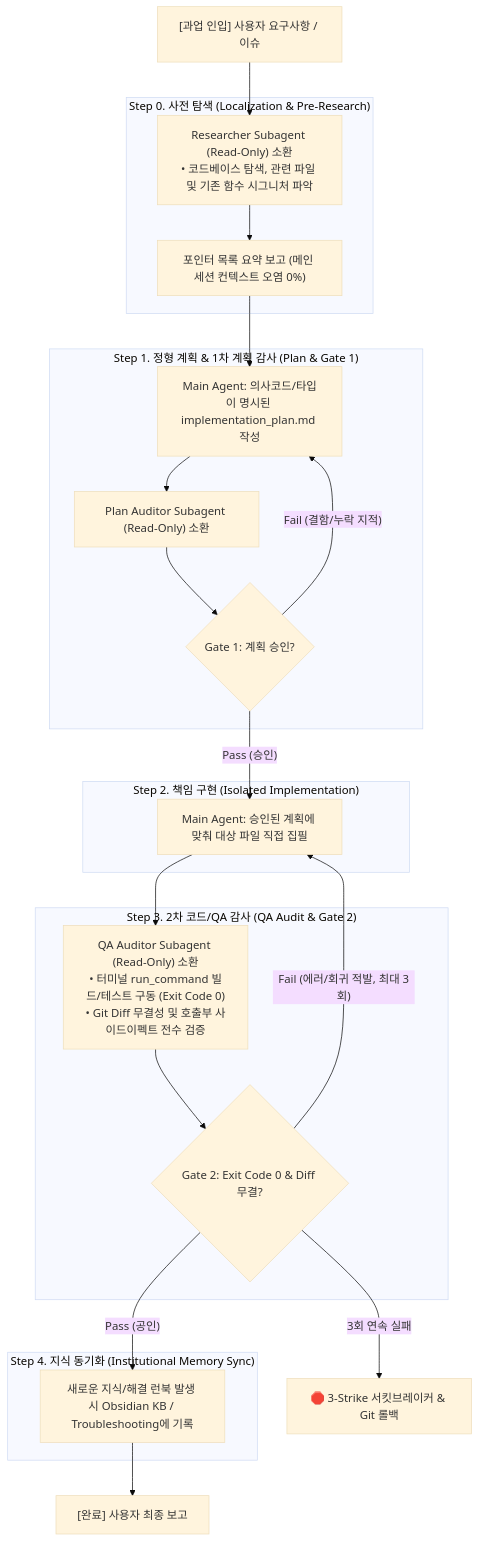
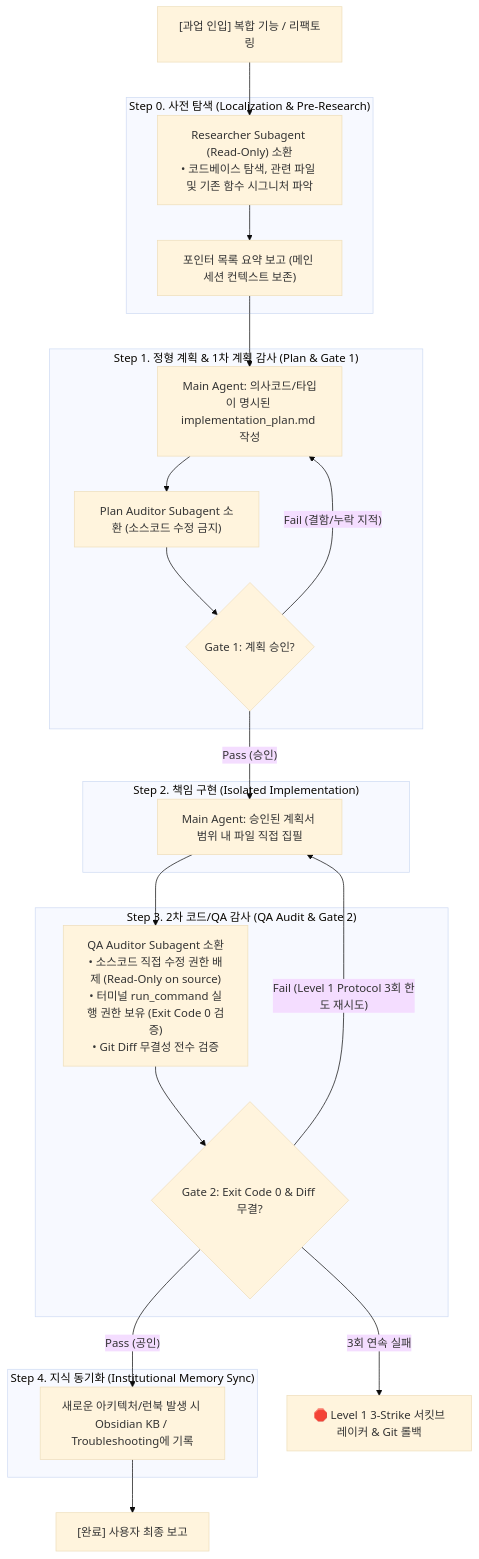
One commit to jin20203458/Obsidian.Agent changed the third of 3 diagrams in ai_agent_refs/Agent_Collaboration_Workflow_Guidelines.md. Above: the diagram before and after it, drawn with Mermaid (base theme). The commit also changed other lines of this file and 1 other file, not shown here.

````diff
--- a/ai_agent_refs/Agent_Collaboration_Workflow_Guidelines.md
+++ b/ai_agent_refs/Agent_Collaboration_Workflow_Guidelines.md
@@ -53,41 +87,41 @@
 ```mermaid
 flowchart TD
-    Task["[과업 인입] 사용자 요구사항 / 이슈"]
+    Task["[과업 인입] 복합 기능 / 리팩토링"]
 
     subgraph Step0 ["Step 0. 사전 탐색 (Localization & Pre-Research)"]
         S0_Worker["Researcher Subagent (Read-Only) 소환<br>• 코드베이스 탐색, 관련 파일 및 기존 함수 시그니처 파악"]
-        S0_Report["포인터 목록 요약 보고 (메인 세션 컨텍스트 오염 0%)"]
+        S0_Report["포인터 목록 요약 보고 (메인 세션 컨텍스트 보존)"]
         S0_Worker --> S0_Report
     end
 
     subgraph Step1 ["Step 1. 정형 계획 & 1차 계획 감사 (Plan & Gate 1)"]
         S1_Plan["Main Agent: 의사코드/타입이 명시된 implementation_plan.md 작성"]
-        S1_Audit["Plan Auditor Subagent (Read-Only) 소환"]
+        S1_Audit["Plan Auditor Subagent 소환 (소스코드 수정 금지)"]
         G1{"Gate 1: 계획 승인?"}
         S1_Plan --> S1_Audit --> G1
     end
 
     subgraph Step2 ["Step 2. 책임 구현 (Isolated Implementation)"]
-        S2_Code["Main Agent: 승인된 계획에 맞춰 대상 파일 직접 집필"]
+        S2_Code["Main Agent: 승인된 계획서 범위 내 파일 직접 집필"]
     end
 
     subgraph Step3 ["Step 3. 2차 코드/QA 감사 (QA Audit & Gate 2)"]
-        S3_QA["QA Auditor Subagent (Read-Only) 소환<br>• 터미널 run_command 빌드/테스트 구동 (Exit Code 0)<br>• Git Diff 무결성 및 호출부 사이드이펙트 전수 검증"]
+        S3_QA["QA Auditor Subagent 소환<br>• 소스코드 직접 수정 권한 배제 (Read-Only on source)<br>• 터미널 run_command 실행 권한 보유 (Exit Code 0 검증)<br>• Git Diff 무결성 전수 검증"]
         G2{"Gate 2: Exit Code 0 & Diff 무결?"}
         S3_QA --> G2
     end
 
     subgraph Step4 ["Step 4. 지식 동기화 (Institutional Memory Sync)"]
-        S4_Log["새로운 지식/해결 런북 발생 시 Obsidian KB / Troubleshooting에 기록"]
+        S4_Log["새로운 아키텍처/런북 발생 시 Obsidian KB / Troubleshooting에 기록"]
     end
 
     Task --> S0_Worker
     S0_Report --> S1_Plan
     G1 -- "Fail (결함/누락 지적)" --> S1_Plan
     G1 -- "Pass (승인)" --> S2_Code
     S2_Code --> S3_QA
-    G2 -- "Fail (에러/회귀 적발, 최대 3회)" --> S2_Code
-    G2 -- "3회 연속 실패" --> Rollback["🛑 3-Strike 서킷브레이커 & Git 롤백"]
+    G2 -- "Fail (Level 1 Protocol 3회 한도 재시도)" --> S2_Code
+    G2 -- "3회 연속 실패" --> Rollback["🛑 Level 1 3-Strike 서킷브레이커 & Git 롤백"]
     G2 -- "Pass (공인)" --> S4_Log
     S4_Log --> Done["[완료] 사용자 최종 보고"]
 ```
````
